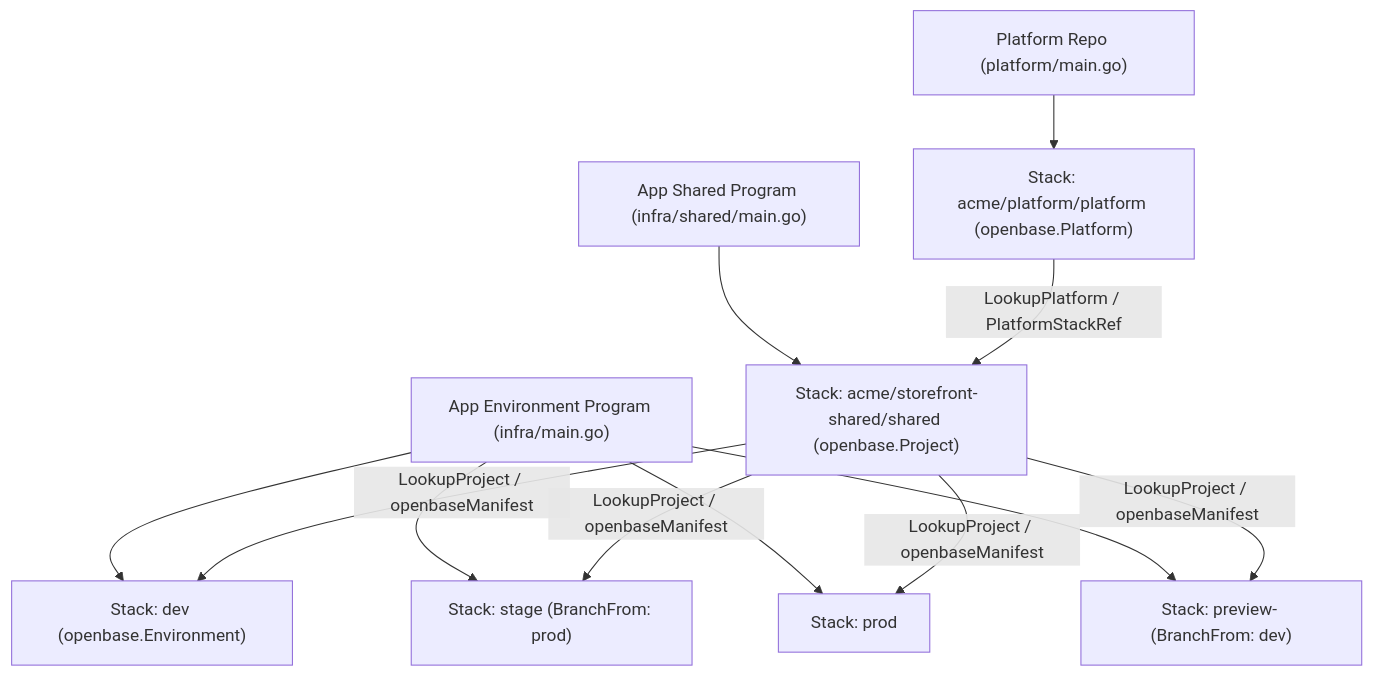
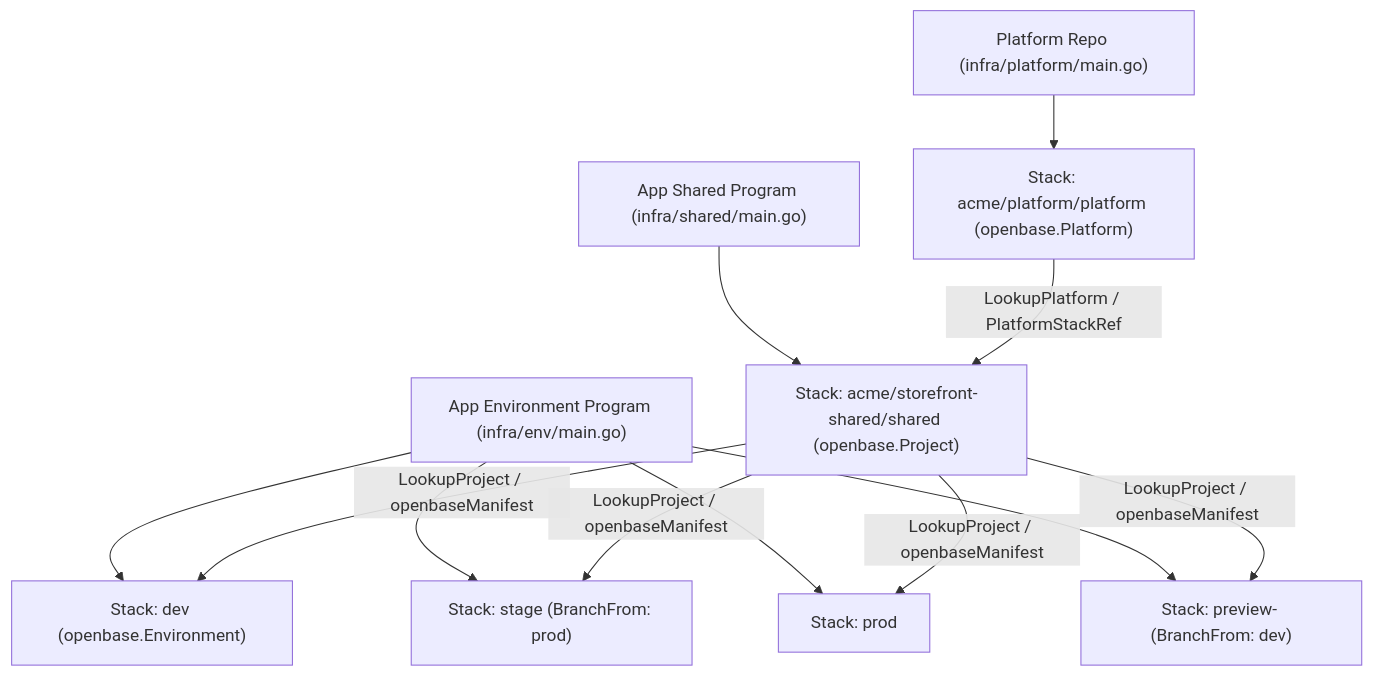
Before and after one commit to cloudvoyant/openbase: the diagram in docs/user-guide.md, drawn with Mermaid. The commit also changed other lines of this file and 36 other files, not shown here.

First line of the commit message:
refactor(e2e,docs): standardize infra/{platform,shared,env} layout

````diff
--- a/docs/user-guide.md
+++ b/docs/user-guide.md
@@ -11,14 +11,14 @@
 ```mermaid
 flowchart TD
-    OrgProg["Platform Repo (platform/main.go)"] --> OrgStack["Stack: acme/platform/platform (openbase.Platform)"]
+    OrgProg["Platform Repo (infra/platform/main.go)"] --> OrgStack["Stack: acme/platform/platform (openbase.Platform)"]
     ProjProg["App Shared Program (infra/shared/main.go)"] --> ProjStack["Stack: acme/storefront-shared/shared (openbase.Project)"]
-    EnvProg["App Environment Program (infra/main.go)"] --> Dev["Stack: dev (openbase.Environment)"]
+    EnvProg["App Environment Program (infra/env/main.go)"] --> Dev["Stack: dev (openbase.Environment)"]
     EnvProg --> Stage["Stack: stage (BranchFrom: prod)"]
     EnvProg --> Prod["Stack: prod"]
     EnvProg --> Preview["Stack: preview-<slug> (BranchFrom: dev)"]
     OrgStack -->|"LookupPlatform / PlatformStackRef"| ProjStack
     ProjStack -->|"LookupProject / openbaseManifest"| Dev
     ProjStack -->|"LookupProject / openbaseManifest"| Stage
     ProjStack -->|"LookupProject / openbaseManifest"| Prod
     ProjStack -->|"LookupProject / openbaseManifest"| Preview
 ```
````
